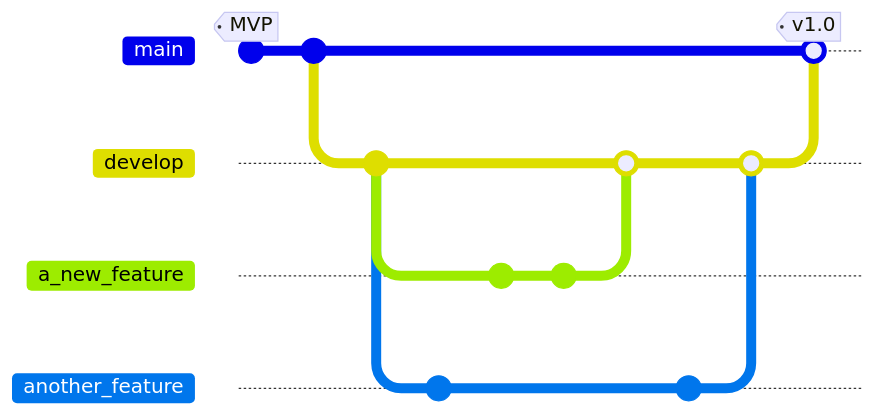
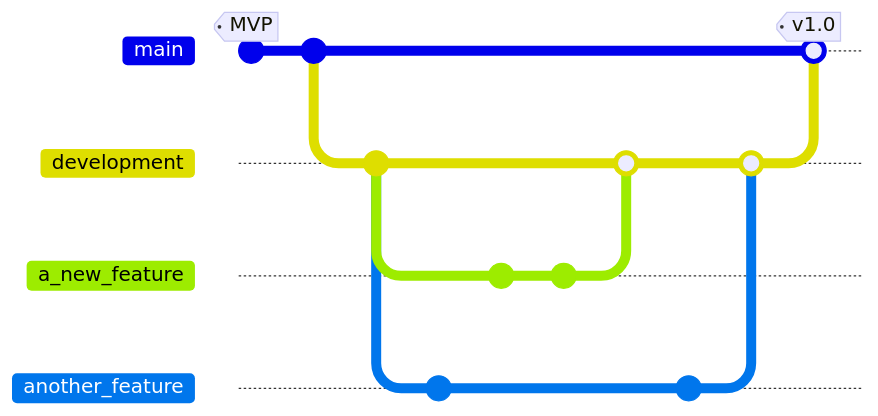
Before and after one commit to realheaven718/group-calendar: the diagram in .github/CONTRIBUTING.md, drawn with Mermaid. The commit also changed other lines of this file and 1 other file, not shown here. Commit ids are hidden.

Commit message:
Modified CONTRIBUTING.md after real world test

````diff
--- a/.github/CONTRIBUTING.md
+++ b/.github/CONTRIBUTING.md
@@ -19,31 +23,41 @@
 ```mermaid
+%% The graph doesn't render in the GitHub mobile app or in code editors.
+%% Enjoy this ASCII art instead.
+%%
+%%               MVP               v1.0
+%% main        o--o-----------------o 
+%%                 \               / 
+%% development      o---------o---o
+%%                  |\       /   /
+%% a_new_feature    | o--o--o   /
+%%                  \          /
+%% another_feature   o--o--o--o 
+%%
 %%{init: { 'logLevel': 'debug', 'theme': 'default' , 'themeVariables': {
               'commitLabelColor': '#ff0000',
               'commitLabelBackground': '#00ff00',
               'tagLabelFontSize': '16px'
        } } }%%
        
 gitGraph
   commit tag: "MVP"
   commit
-  branch develop
-  checkout develop
-  
+  branch development
+  checkout development
   commit
   branch a_new_feature
   branch another_feature
   commit
   checkout a_new_feature
   commit
   commit
   checkout another_feature
-  
-  checkout develop
+  checkout development
   merge a_new_feature
   checkout another_feature
   commit
-  checkout develop
+  checkout development
   merge another_feature
   checkout main
-  merge develop tag: "v1.0"
+  merge development tag: "v1.0"
 ```
````
